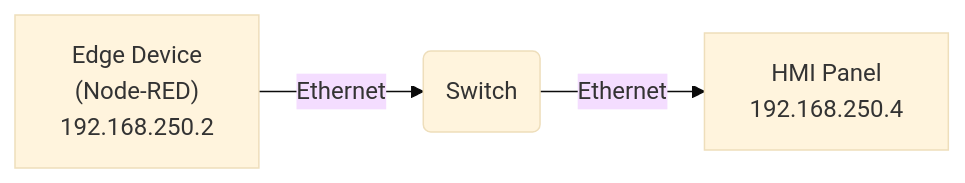
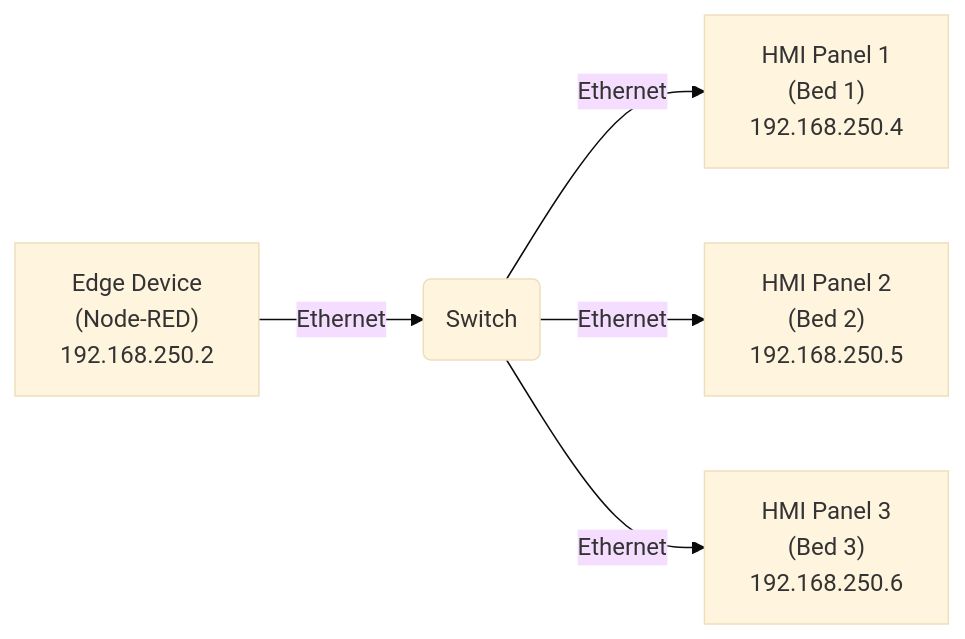
Before and after one commit to Josan88/Electronic-Medication-Administration-Record: the second of 7 diagrams in docs/PROPOSED_METHOD_SOLUTION.md, drawn with Mermaid (base theme). The commit also changed other lines of this file, not shown here.

Commit message:
Update HMI configuration details to support multiple terminals and enhance network port assignments

````diff
--- a/docs/PROPOSED_METHOD_SOLUTION.md
+++ b/docs/PROPOSED_METHOD_SOLUTION.md
@@ -142,5 +158,7 @@
 ```mermaid
 graph LR
     Edge["Edge Device<br/>(Node-RED)<br/>192.168.250.2"] -- Ethernet --> Switch(Switch)
-    Switch -- Ethernet --> HMI["HMI Panel<br/>192.168.250.4"]
+    Switch -- Ethernet --> HMI1["HMI Panel 1<br/>(Bed 1)<br/>192.168.250.4"]
+    Switch -- Ethernet --> HMI2["HMI Panel 2<br/>(Bed 2)<br/>192.168.250.5"]
+    Switch -- Ethernet --> HMI3["HMI Panel 3<br/>(Bed 3)<br/>192.168.250.6"]
 ```
````
